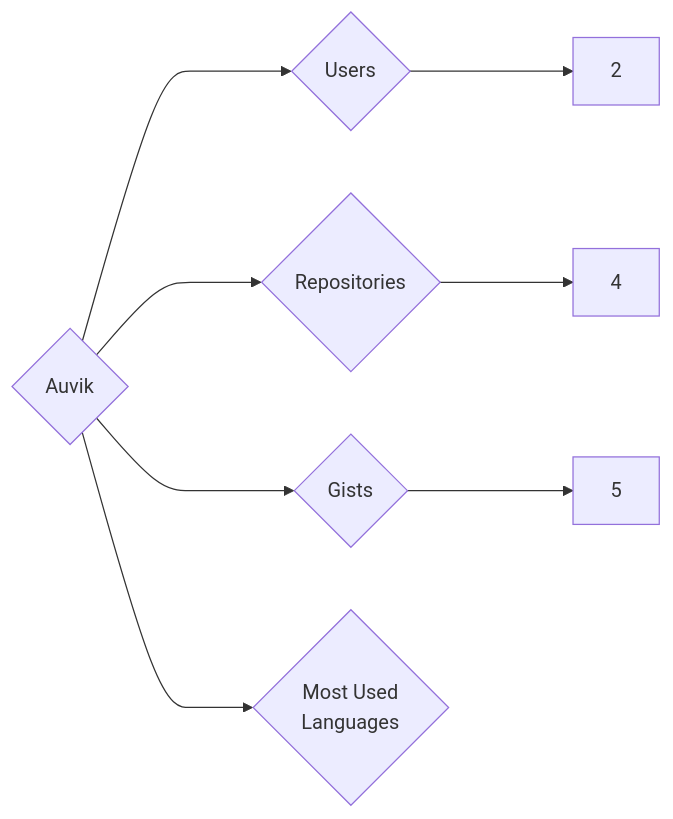
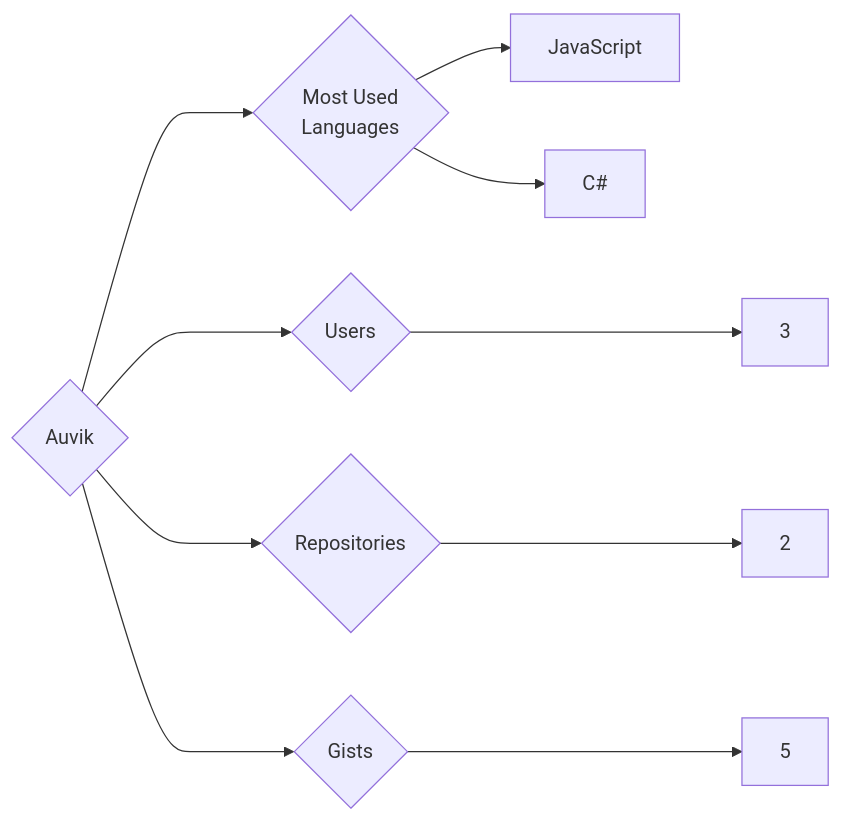
One commit to trickest/insiders changed the diagram in targets/Auvik/README.md. Above: the diagram before and after it, drawn with Mermaid. The commit also changed 618 other files, not shown here.

````diff
--- a/targets/Auvik/README.md
+++ b/targets/Auvik/README.md
@@ -3,8 +3,10 @@
 ```mermaid
 graph LR
 COMPANY_NAME{Auvik}
-COMPANY_NAME ---> U{Users} ---> UN[2]
-COMPANY_NAME ---> R{Repositories} ---> RN[4]
+COMPANY_NAME ---> U{Users} ---> UN[3]
+COMPANY_NAME ---> R{Repositories} ---> RN[2]
 COMPANY_NAME ---> G{Gists} ---> GN[5]
 COMPANY_NAME ---> ML{Most Used<br>Languages}
+ML --> JavaScript[JavaScript]
+ML --> C#[C#]
 ```
````
